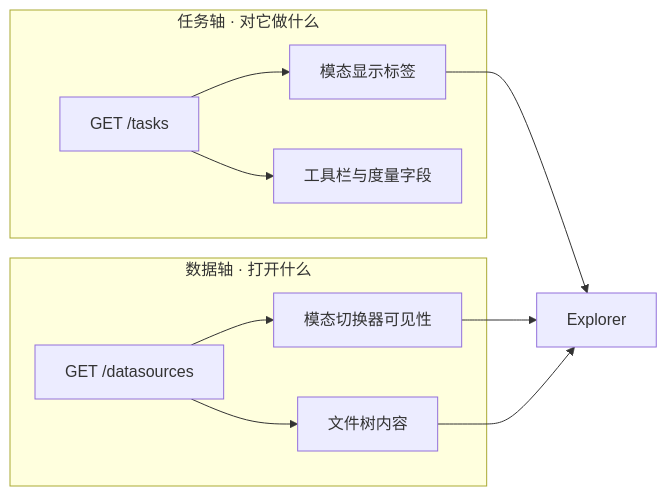
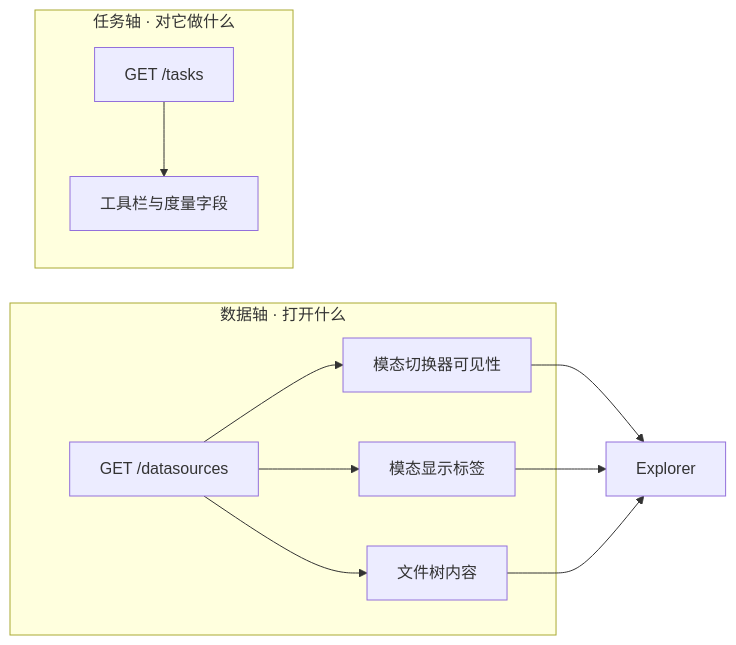
Before and after one commit to zhentai-sn/open-glaux: the first of 4 diagrams in docs/sdd/feats/08-data-import-first-explorer/README.md, drawn with Mermaid. The commit also changed other lines of this file and 16 other files, not shown here.

````diff
--- a/docs/sdd/feats/08-data-import-first-explorer/README.md
+++ b/docs/sdd/feats/08-data-import-first-explorer/README.md
@@ -175,14 +177,14 @@
 ```mermaid
 flowchart LR
     subgraph DataAxis["数据轴 · 打开什么"]
         DS["GET /datasources"] --> MOD["模态切换器可见性"]
+        DS --> LABEL["模态显示标签"]
         DS --> TREE["文件树内容"]
     end
     subgraph TaskAxis["任务轴 · 对它做什么"]
-        TK["GET /tasks"] --> LABEL["模态显示标签"]
-        TK --> TOOL["工具栏与度量字段"]
+        TK["GET /tasks"] --> TOOL["工具栏与度量字段"]
     end
     MOD --> VIEW["Explorer"]
     LABEL --> VIEW
     TREE --> VIEW
 ```
````
